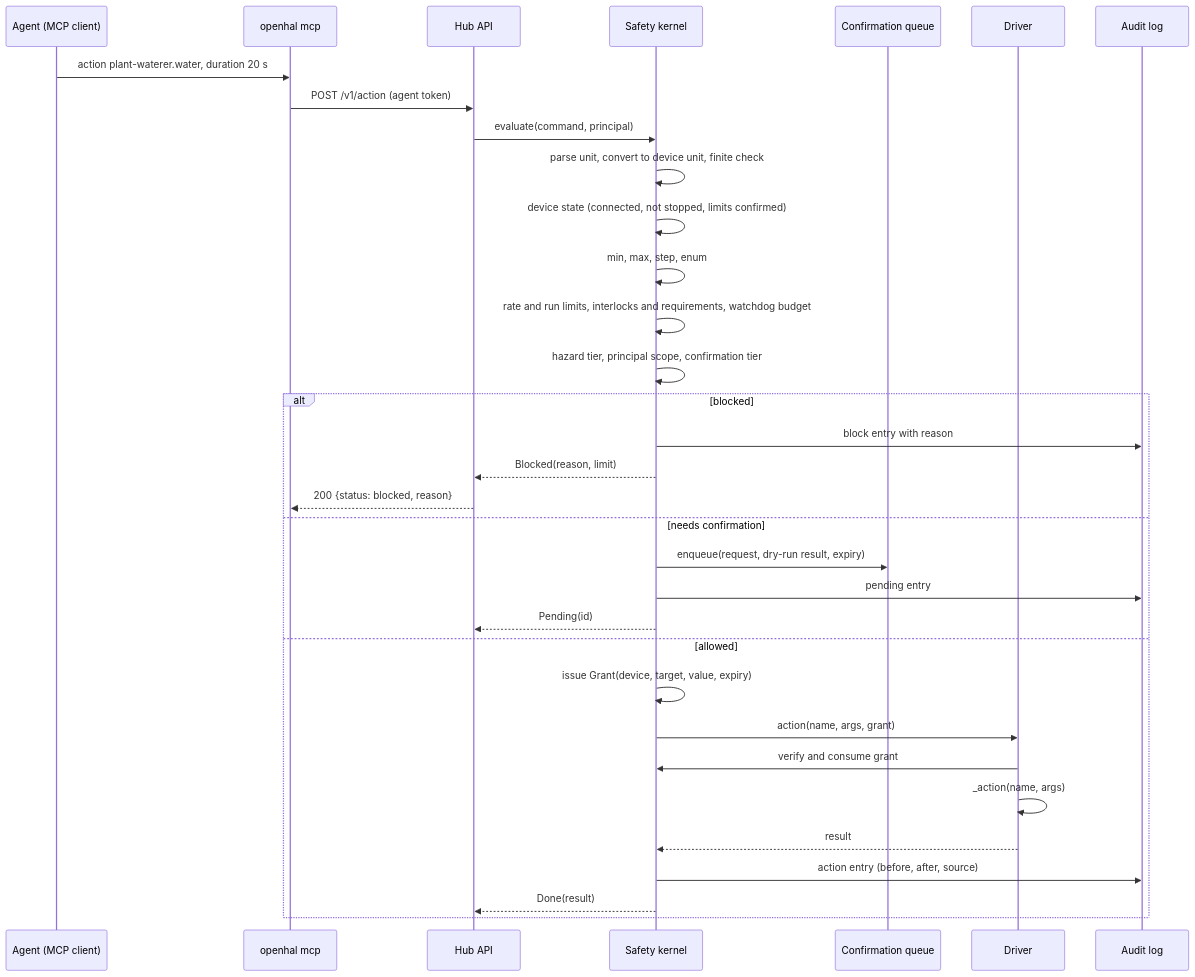
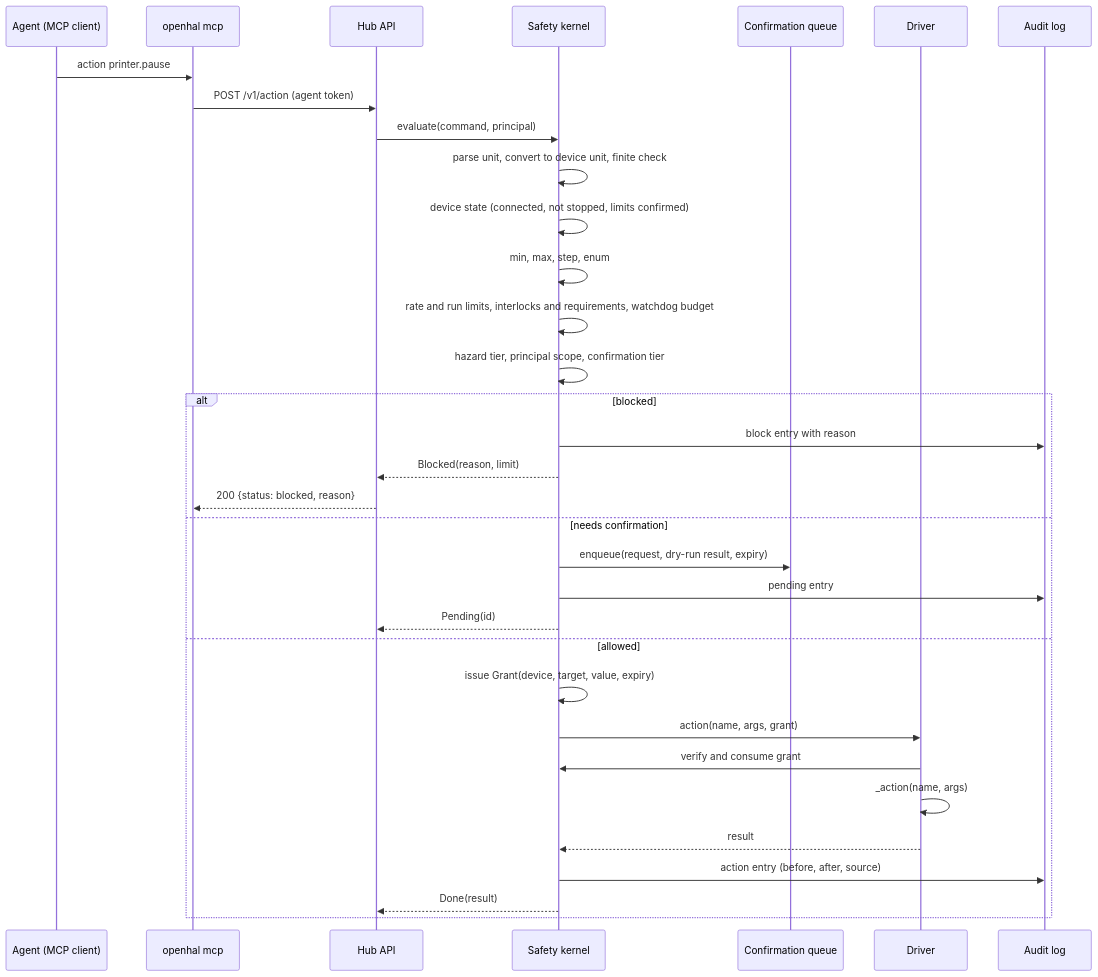
The second of 7 diagrams in docs/ARCHITECTURE.md (sohan-bhat/OpenHAL), drawn with Mermaid before and after one commit. The commit also changed other lines of this file and 14 other files, not shown here.

First line of the commit message:
docs(diagrams): draw the flow and the spec exchange with the printer

````diff
--- a/docs/ARCHITECTURE.md
+++ b/docs/ARCHITECTURE.md
@@ -75,35 +75,35 @@
 ```mermaid
 sequenceDiagram
   participant A as Agent (MCP client)
   participant M as openhal mcp
   participant H as Hub API
   participant K as Safety kernel
   participant Q as Confirmation queue
   participant D as Driver
   participant L as Audit log
-  A->>M: action plant-waterer.water, duration 20 s
+  A->>M: action printer.pause
   M->>H: POST /v1/action (agent token)
   H->>K: evaluate(command, principal)
   K->>K: parse unit, convert to device unit, finite check
   K->>K: device state (connected, not stopped, limits confirmed)
   K->>K: min, max, step, enum
   K->>K: rate and run limits, interlocks and requirements, watchdog budget
   K->>K: hazard tier, principal scope, confirmation tier
   alt blocked
     K->>L: block entry with reason
     K-->>H: Blocked(reason, limit)
     H-->>M: 200 {status: blocked, reason}
   else needs confirmation
     K->>Q: enqueue(request, dry-run result, expiry)
     K->>L: pending entry
     K-->>H: Pending(id)
   else allowed
     K->>K: issue Grant(device, target, value, expiry)
     K->>D: action(name, args, grant)
     D->>K: verify and consume grant
     D->>D: _action(name, args)
     D-->>K: result
     K->>L: action entry (before, after, source)
     K-->>H: Done(result)
   end
 ```
````
